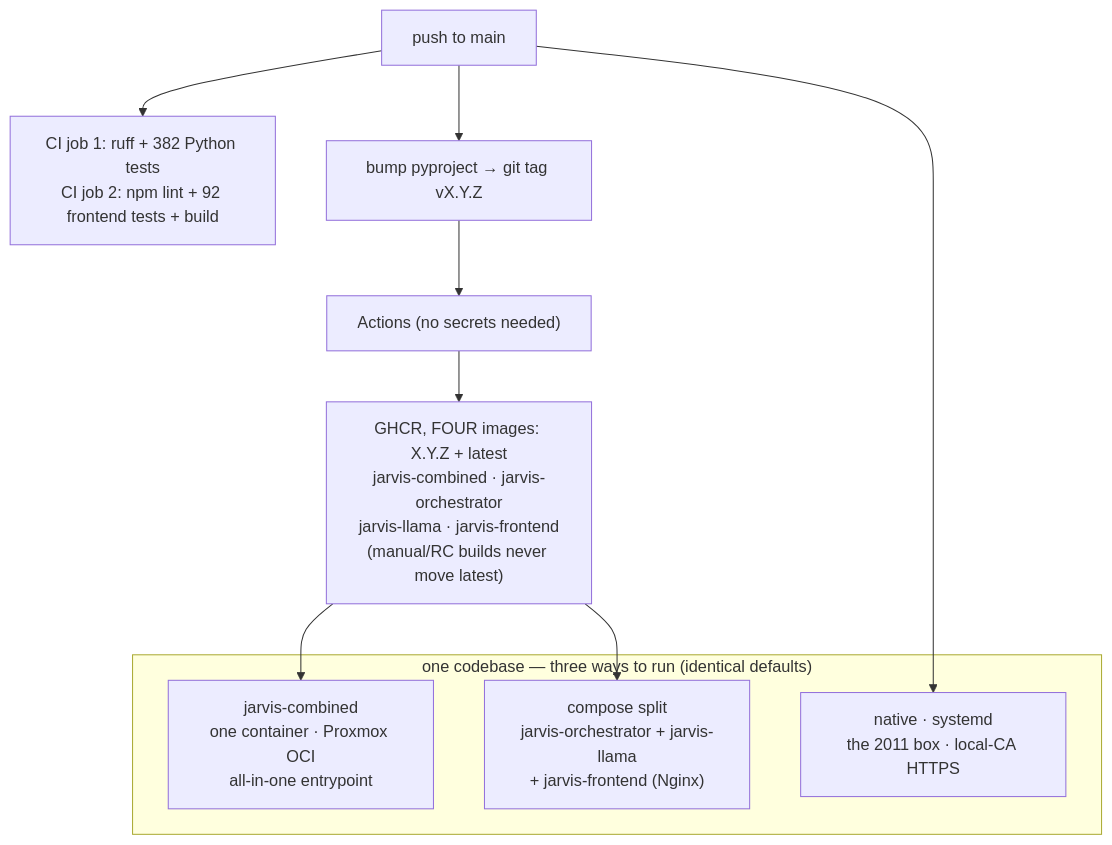
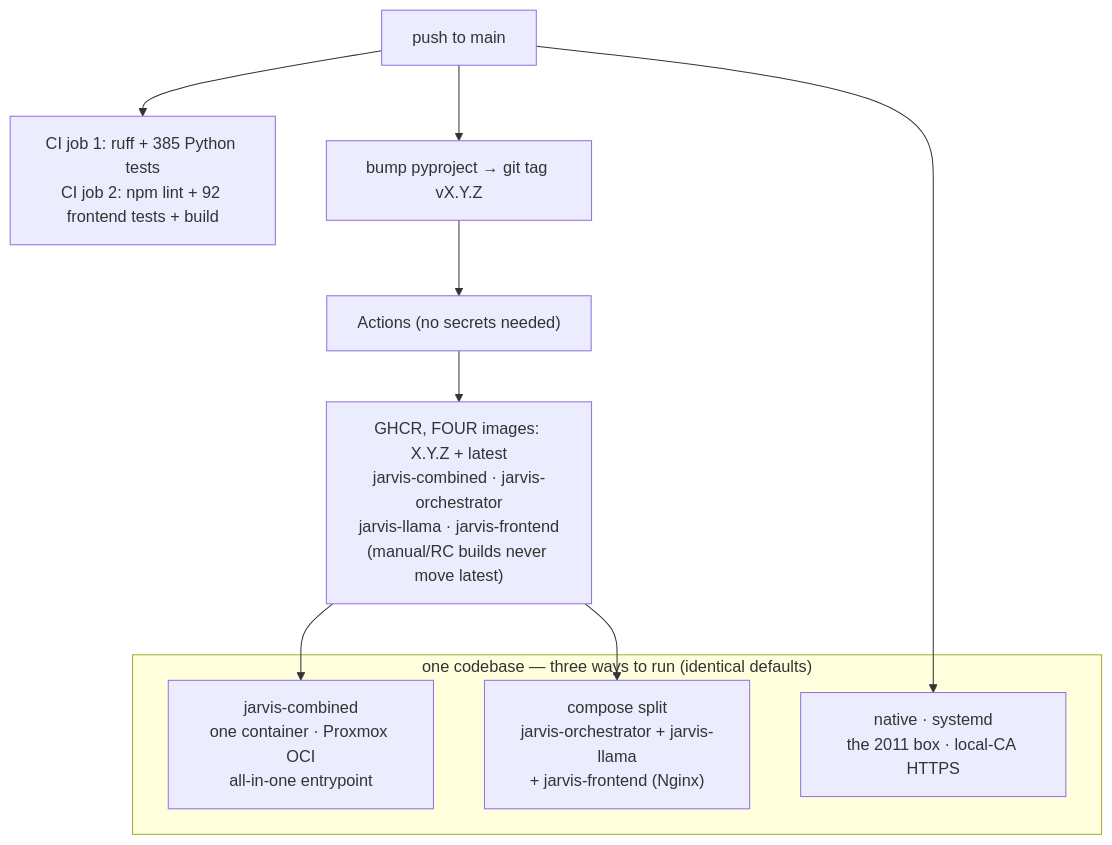
One commit to Ravijangid820/jarvis changed the tenth of 10 diagrams in docs/DIAGRAMS.md. Above: the diagram before and after it, drawn with Mermaid. The commit also changed other lines of this file and 6 other files, not shown here.

````diff
--- a/docs/DIAGRAMS.md
+++ b/docs/DIAGRAMS.md
@@ -265,14 +271,14 @@
 ```mermaid
 flowchart TB
   subgraph SHAPES["one codebase — three ways to run (identical defaults)"]
     S1["jarvis-combined<br/>one container · Proxmox OCI<br/>all-in-one entrypoint"]
     S2["compose split<br/>jarvis-orchestrator + jarvis-llama<br/>+ jarvis-frontend (Nginx)"]
     S3["native · systemd<br/>the 2011 box · local-CA HTTPS"]
   end
-  DEV["push to main"] --> CI["CI job 1: ruff + 382 Python tests<br/>CI job 2: npm lint + 92 frontend tests + build"]
+  DEV["push to main"] --> CI["CI job 1: ruff + 385 Python tests<br/>CI job 2: npm lint + 92 frontend tests + build"]
   DEV --> TAG["bump pyproject → git tag vX.Y.Z"]
   TAG --> GHA["Actions (no secrets needed)"]
   GHA --> IMG["GHCR, FOUR images: X.Y.Z + latest<br/>jarvis-combined · jarvis-orchestrator<br/>jarvis-llama · jarvis-frontend<br/>(manual/RC builds never move latest)"]
   IMG --> S1 & S2
   DEV --> S3
 ```
````
